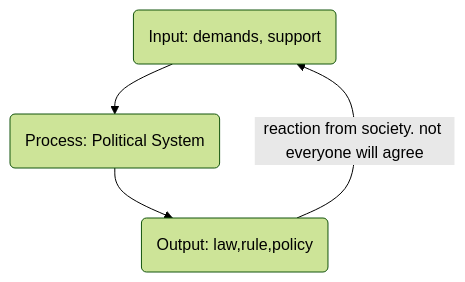
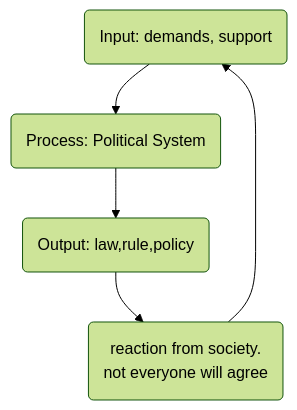
One commit to godofwarnings/genesis-public changed the fourth of 4 diagrams in src/site/notes/lecture-notes/sem6/ihs/politics/L02.md. Above: the diagram before and after it, drawn with Mermaid (forest theme). The commit also changed other lines of this file, not shown here.

````diff
--- a/src/site/notes/lecture-notes/sem6/ihs/politics/L02.md
+++ b/src/site/notes/lecture-notes/sem6/ihs/politics/L02.md
@@ -60,11 +75,12 @@
 ```mermaid
 flowchart TD
 
 id1(Input: demands, support)
 id2(Process: Political System)
 id3(Output: law,rule,policy)
 
 id1 --> id2 --> id3
-id3 -->|reaction from society. not everyone will agree| id1
+id3 --> id4(reaction from society. 
+not everyone will agree) --> id1
 
 ```
````
